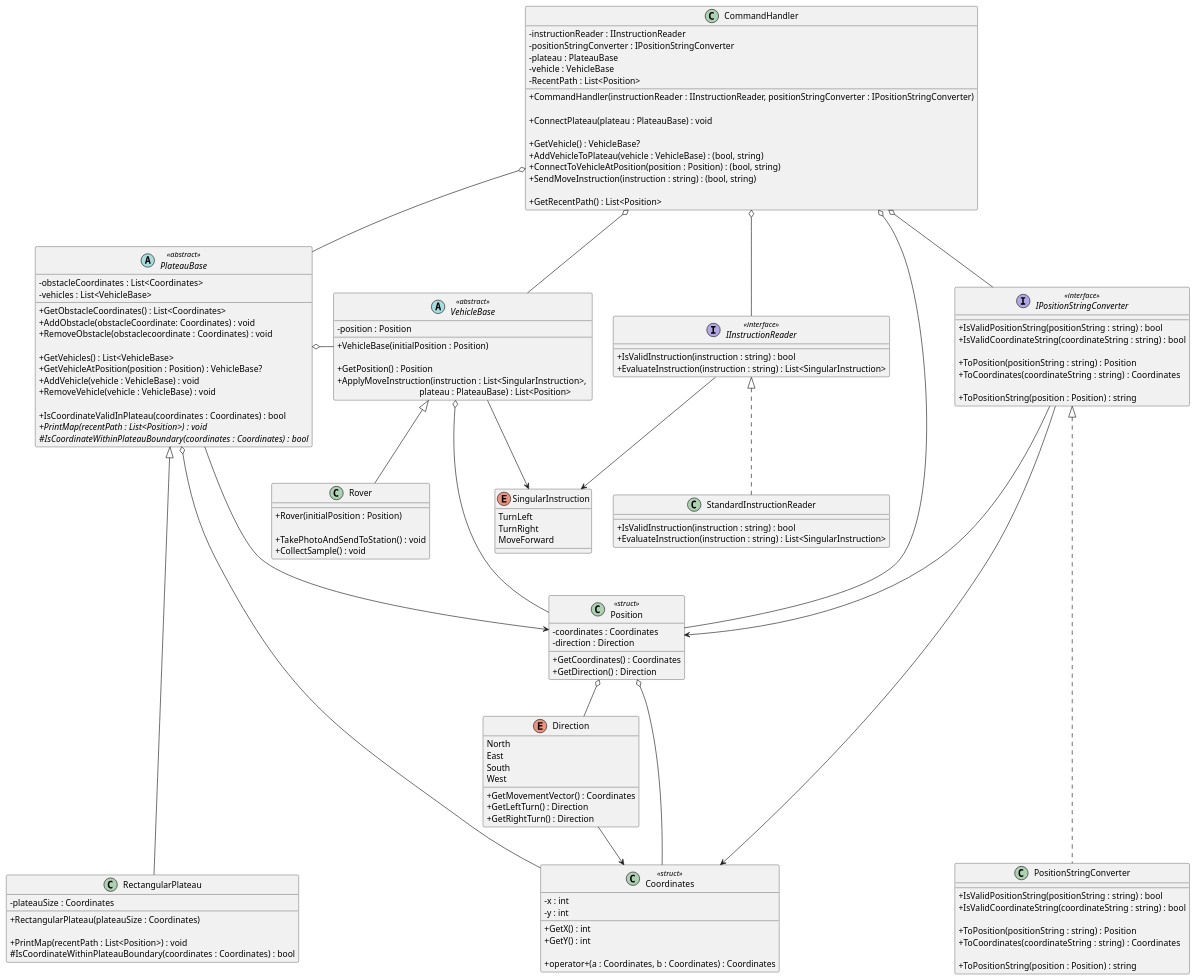
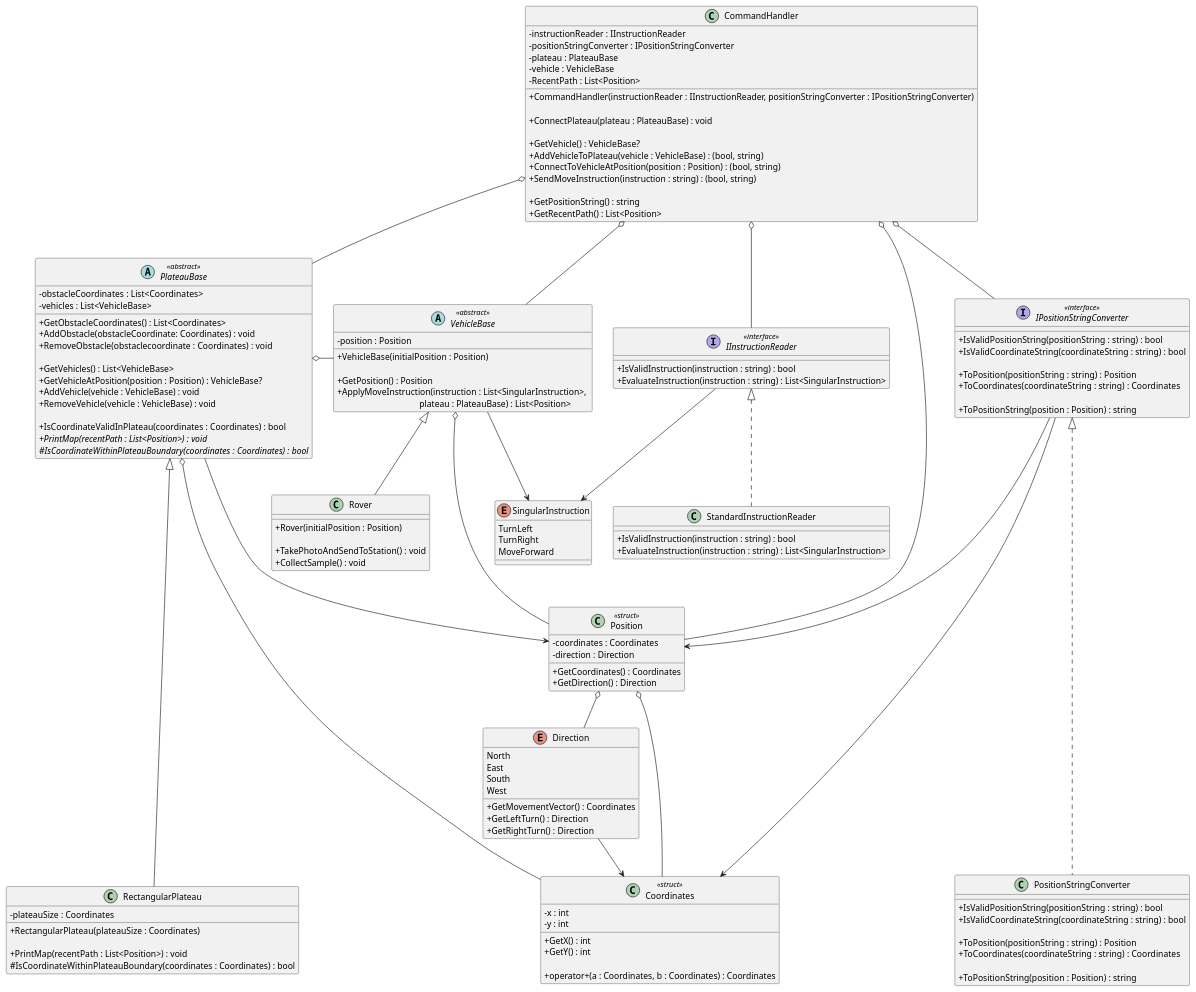
One commit to iamfranco/MarsRoverChallenge changed the diagram in diagrams/MarsRoverChallenge.puml. Above: the diagram before and after it, drawn with PlantUML. The commit also changed 1 other file, not shown here.

Commit message:
UML: CommandHandler add GetPositionString() method

```diff
--- a/diagrams/MarsRoverChallenge.puml
+++ b/diagrams/MarsRoverChallenge.puml
@@ -1,172 +1,173 @@
 @startuml "Mars Rover Challenge"
 skinparam classAttributeIconSize 0
 
 class CommandHandler
 {
   - instructionReader : IInstructionReader
   - positionStringConverter : IPositionStringConverter
   - plateau : PlateauBase
   - vehicle : VehicleBase
   - RecentPath : List<Position>
 
   + CommandHandler(instructionReader : IInstructionReader, positionStringConverter : IPositionStringConverter)
   
   + ConnectPlateau(plateau : PlateauBase) : void
 
   + GetVehicle() : VehicleBase?
   + AddVehicleToPlateau(vehicle : VehicleBase) : (bool, string)
   + ConnectToVehicleAtPosition(position : Position) : (bool, string)
   + SendMoveInstruction(instruction : string) : (bool, string)
 
+  + GetPositionString() : string
   + GetRecentPath() : List<Position>
 }
 
 interface IInstructionReader <<interface>>
 {
   + IsValidInstruction(instruction : string) : bool
   + EvaluateInstruction(instruction : string) : List<SingularInstruction>
 }
 
 enum SingularInstruction
 {
   TurnLeft
   TurnRight
   MoveForward
 }
 
 class StandardInstructionReader
 {
   + IsValidInstruction(instruction : string) : bool
   + EvaluateInstruction(instruction : string) : List<SingularInstruction>
 }
 
 abstract PlateauBase <<abstract>>
 {
   - obstacleCoordinates : List<Coordinates>
   - vehicles : List<VehicleBase>
 
   + GetObstacleCoordinates() : List<Coordinates>
   + AddObstacle(obstacleCoordinate: Coordinates) : void
   + RemoveObstacle(obstaclecoordinate : Coordinates) : void
 
   + GetVehicles() : List<VehicleBase>
   + GetVehicleAtPosition(position : Position) : VehicleBase?
   + AddVehicle(vehicle : VehicleBase) : void
   + RemoveVehicle(vehicle : VehicleBase) : void
 
    + IsCoordinateValidInPlateau(coordinates : Coordinates) : bool
   {abstract} + PrintMap(recentPath : List<Position>) : void
   {abstract} # IsCoordinateWithinPlateauBoundary(coordinates : Coordinates) : bool
 }
 
 class RectangularPlateau
 {
   - plateauSize : Coordinates
 
   + RectangularPlateau(plateauSize : Coordinates)
 
   + PrintMap(recentPath : List<Position>) : void
   # IsCoordinateWithinPlateauBoundary(coordinates : Coordinates) : bool
 }
 
 class Coordinates <<struct>>
 {
   - x : int
   - y : int
 
   + GetX() : int
   + GetY() : int
 
   + operator+(a : Coordinates, b : Coordinates) : Coordinates
 }
 
 enum Direction
 {
   North
   East
   South
   West
 
   + GetMovementVector() : Coordinates
   + GetLeftTurn() : Direction
   + GetRightTurn() : Direction
 }
 
 interface IPositionStringConverter <<interface>>
 {
   + IsValidPositionString(positionString : string) : bool
   + IsValidCoordinateString(coordinateString : string) : bool
 
   + ToPosition(positionString : string) : Position
   + ToCoordinates(coordinateString : string) : Coordinates
 
   + ToPositionString(position : Position) : string
 }
 
 class Position <<struct>>
 {
   - coordinates : Coordinates
   - direction : Direction
 
   + GetCoordinates() : Coordinates
   + GetDirection() : Direction
 }
 
 class PositionStringConverter
 {
   + IsValidPositionString(positionString : string) : bool
   + IsValidCoordinateString(coordinateString : string) : bool
 
   + ToPosition(positionString : string) : Position
   + ToCoordinates(coordinateString : string) : Coordinates
 
   + ToPositionString(position : Position) : string
 }
 
 class Rover
 {
   + Rover(initialPosition : Position)
 
   + TakePhotoAndSendToStation() : void
   + CollectSample() : void
 }
 
 abstract VehicleBase <<abstract>>
 {
   - position : Position
 
   + VehicleBase(initialPosition : Position)
 
   + GetPosition() : Position
   + ApplyMoveInstruction(instruction : List<SingularInstruction>, \n\
                                      plateau : PlateauBase) : List<Position>
 }
 
 CommandHandler o-- IInstructionReader
 CommandHandler o-- IPositionStringConverter
 CommandHandler o-- PlateauBase
 CommandHandler o-- VehicleBase
 CommandHandler o---- Position
 
 IInstructionReader --> SingularInstruction
 IInstructionReader <|.. StandardInstructionReader 
 
 VehicleBase <|-- Rover
 VehicleBase --> SingularInstruction
 VehicleBase o--- Position
 
 IPositionStringConverter <|..... PositionStringConverter
 IPositionStringConverter ---> Position
 IPositionStringConverter ---> Coordinates
 
 PlateauBase <|----- RectangularPlateau
 PlateauBase --> Position
 PlateauBase o-- Coordinates
 PlateauBase o- VehicleBase
 
 Direction --> Coordinates 
 
 Position o-- Direction
 Position o-- Coordinates
 
 @enduml
```
